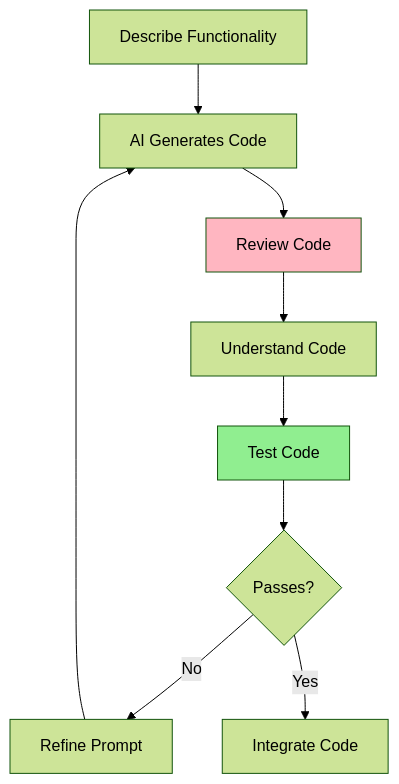
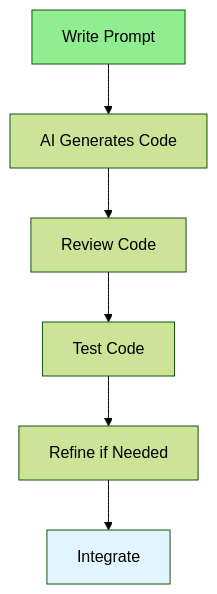
One commit to iouthnamain/tech-note changed the diagram in Full-Stack-Guides/Group-05-AI-Assisted-Coding/05.02_Code_Generation.md. Above: the diagram before and after it, drawn with Mermaid (forest theme). The commit also changed other lines of this file and 480 other files, not shown here.

````diff
--- a/Full-Stack-Guides/Group-05-AI-Assisted-Coding/05.02_Code_Generation.md
+++ b/Full-Stack-Guides/Group-05-AI-Assisted-Coding/05.02_Code_Generation.md
@@ -22,14 +21,11 @@
 ```mermaid
 flowchart TD
-    Describe[Describe Functionality] --> Generate[AI Generates Code]
-    Generate --> Review[Review Code]
-    Review --> Understand[Understand Code]
-    Understand --> Test[Test Code]
-    Test --> Pass{Passes?}
-    Pass -->|No| Refine[Refine Prompt]
-    Pass -->|Yes| Integrate[Integrate Code]
-    Refine --> Generate
+    Prompt[Write Prompt] --> AI[AI Generates Code]
+    AI --> Review[Review Code]
+    Review --> Test[Test Code]
+    Test --> Refine[Refine if Needed]
+    Refine --> Integrate[Integrate]
     
-    style Review fill:#FFB6C1
-    style Test fill:#90EE90
+    style Prompt fill:#90EE90
+    style Integrate fill:#e1f5ff
 ```
````
